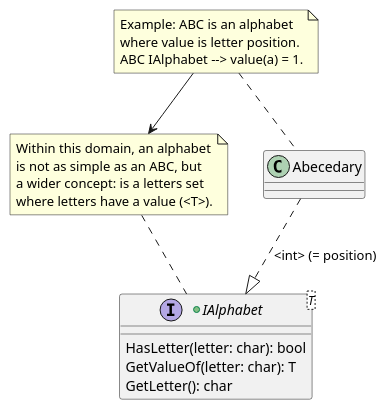
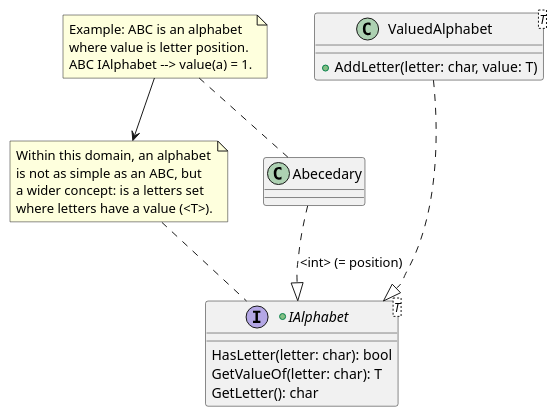
Before and after one commit to RicardoGuzmanVelasco/Kalendra.Words: the diagram in Assets/Kalendra.Words/Documentation~/Alphabet.puml, drawn with PlantUML.

Commit message:
ValuedAlphabet<T> diagram

```diff
--- a/Assets/Kalendra.Words/Documentation~/Alphabet.puml
+++ b/Assets/Kalendra.Words/Documentation~/Alphabet.puml
@@ -1,28 +1,34 @@
 @startuml
 'https://plantuml.com/class-diagram
 
 +interface IAlphabet<T>
 {
     HasLetter(letter: char): bool
     GetValueOf(letter: char): T
     GetLetter(): char
 }
 
 note as NoteIAlphabet
 Within this domain, an alphabet
 is not as simple as an ABC, but
 a wider concept: is a letters set
 where letters have a value (<T>).
 end note
 NoteIAlphabet .. IAlphabet
 
 Abecedary ..|> IAlphabet : <int> (= position)
 
 note as NoteAbecedary
 Example: ABC is an alphabet
 where value is letter position.
 ABC IAlphabet --> value(a) = 1.
 end note
 NoteAbecedary .. Abecedary
 NoteAbecedary --> NoteIAlphabet
+
+class ValuedAlphabet<T>{
+    +AddLetter(letter: char, value: T)
+}
+ValuedAlphabet ...|> IAlphabet
+
 @enduml
```
